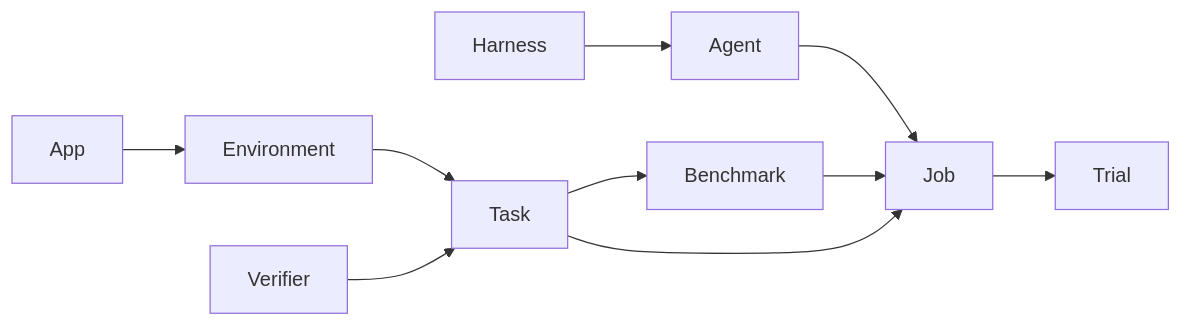
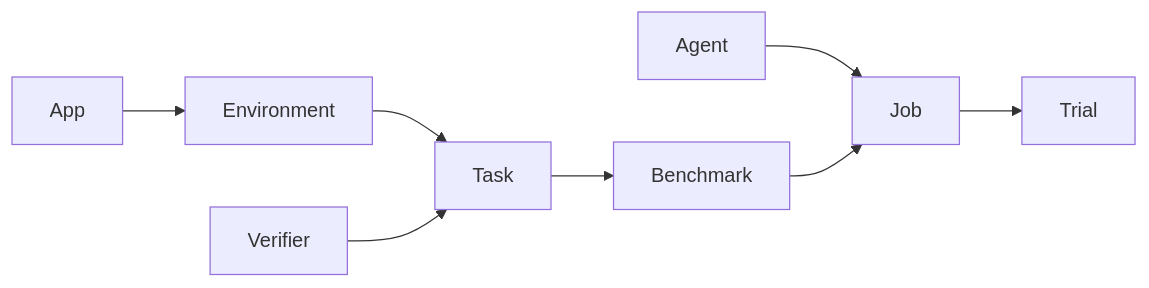
One commit to lastlabs-ai/plural changed the diagram in docs/getting-started/concepts.md. Above: the diagram before and after it, drawn with Mermaid. The commit also changed other lines of this file and 167 other files, not shown here.

````diff
--- a/docs/getting-started/concepts.md
+++ b/docs/getting-started/concepts.md
@@ -39,21 +33,10 @@
 ```mermaid
 flowchart LR
-  app[App]
-  env[Environment]
-  ver[Verifier]
-  task[Task]
-  agent[Agent]
-  harness[Harness]
-  bench[Benchmark]
-  job[Job]
-  trial[Trial]
-  app --> env
-  env --> task
-  ver --> task
-  task --> bench
-  harness --> agent
-  agent --> job
+  app[App] --> env[Environment]
+  env --> task[Task]
+  ver[Verifier] --> task
+  task --> bench[Benchmark]
+  agent[Agent] --> job[Job]
   bench --> job
-  task --> job
-  job --> trial
+  job --> trial[Trial]
 ```
````
